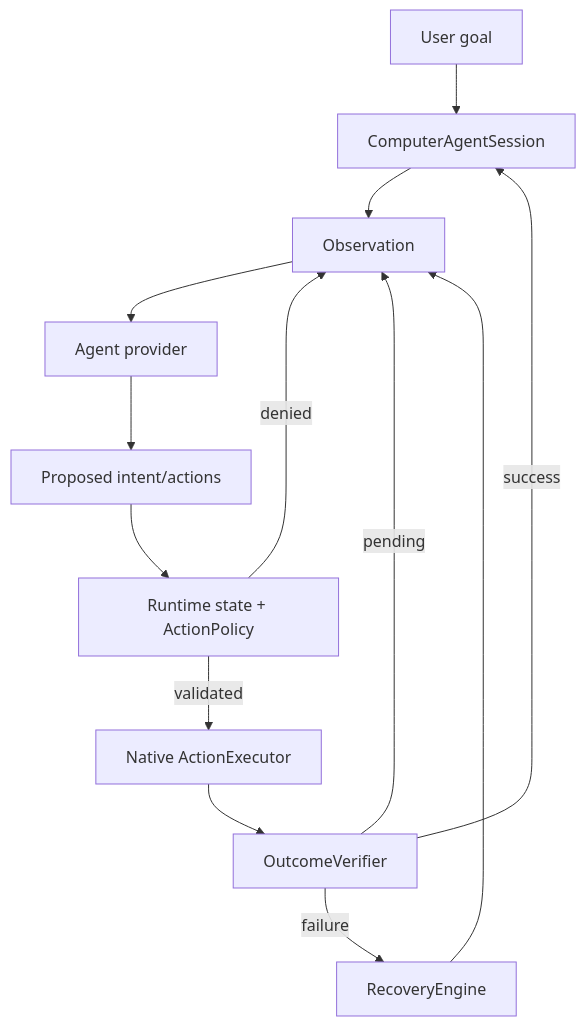
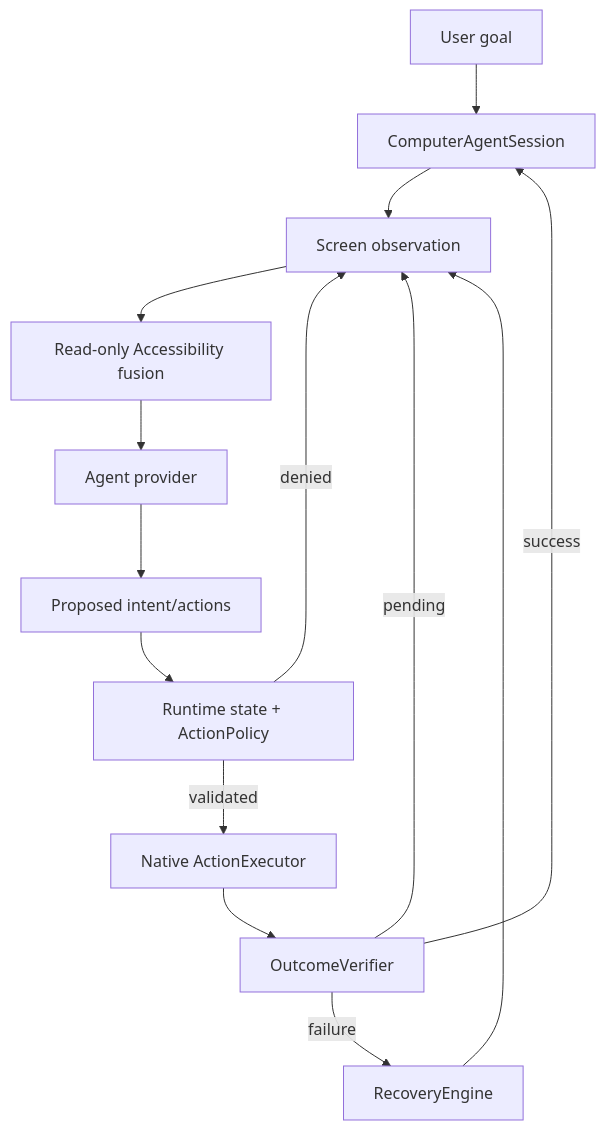
One commit to senoldogann/akilli-asistan changed the diagram in README.md. Above: the diagram before and after it, drawn with Mermaid. The commit also changed other lines of this file, not shown here.

Commit message:
docs: document read-only accessibility fusion

````diff
--- a/README.md
+++ b/README.md
@@ -33,15 +35,16 @@
 ```mermaid
 flowchart TD
     G[User goal] --> S[ComputerAgentSession]
-    S --> O[Observation]
-    O --> P[Agent provider]
+    S --> O[Screen observation]
+    O --> F[Read-only Accessibility fusion]
+    F --> P[Agent provider]
     P --> I[Proposed intent/actions]
     I --> R[Runtime state + ActionPolicy]
     R -->|denied| O
     R -->|validated| E[Native ActionExecutor]
     E --> V[OutcomeVerifier]
     V -->|success| S
     V -->|pending| O
     V -->|failure| C[RecoveryEngine]
     C --> O
 ```
````
